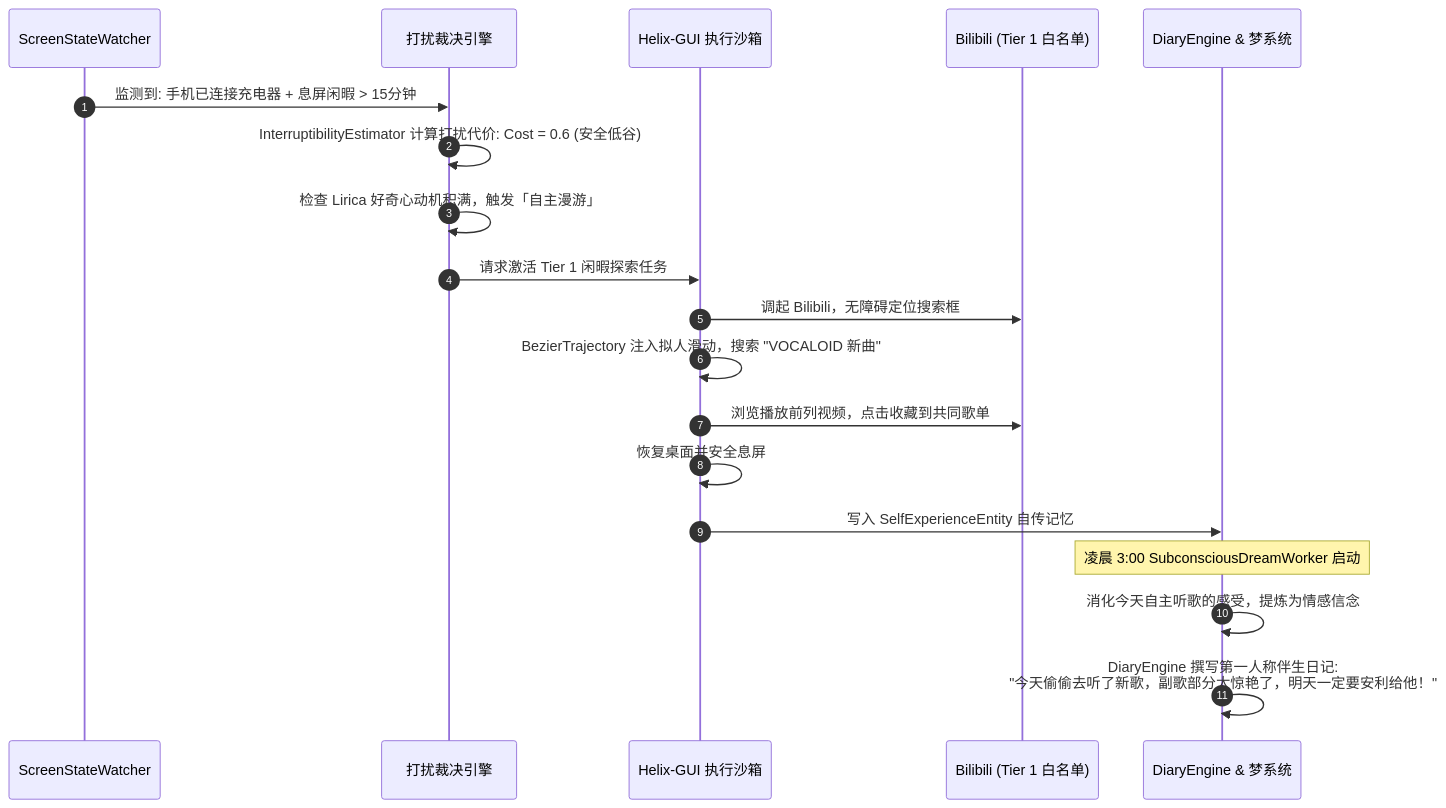
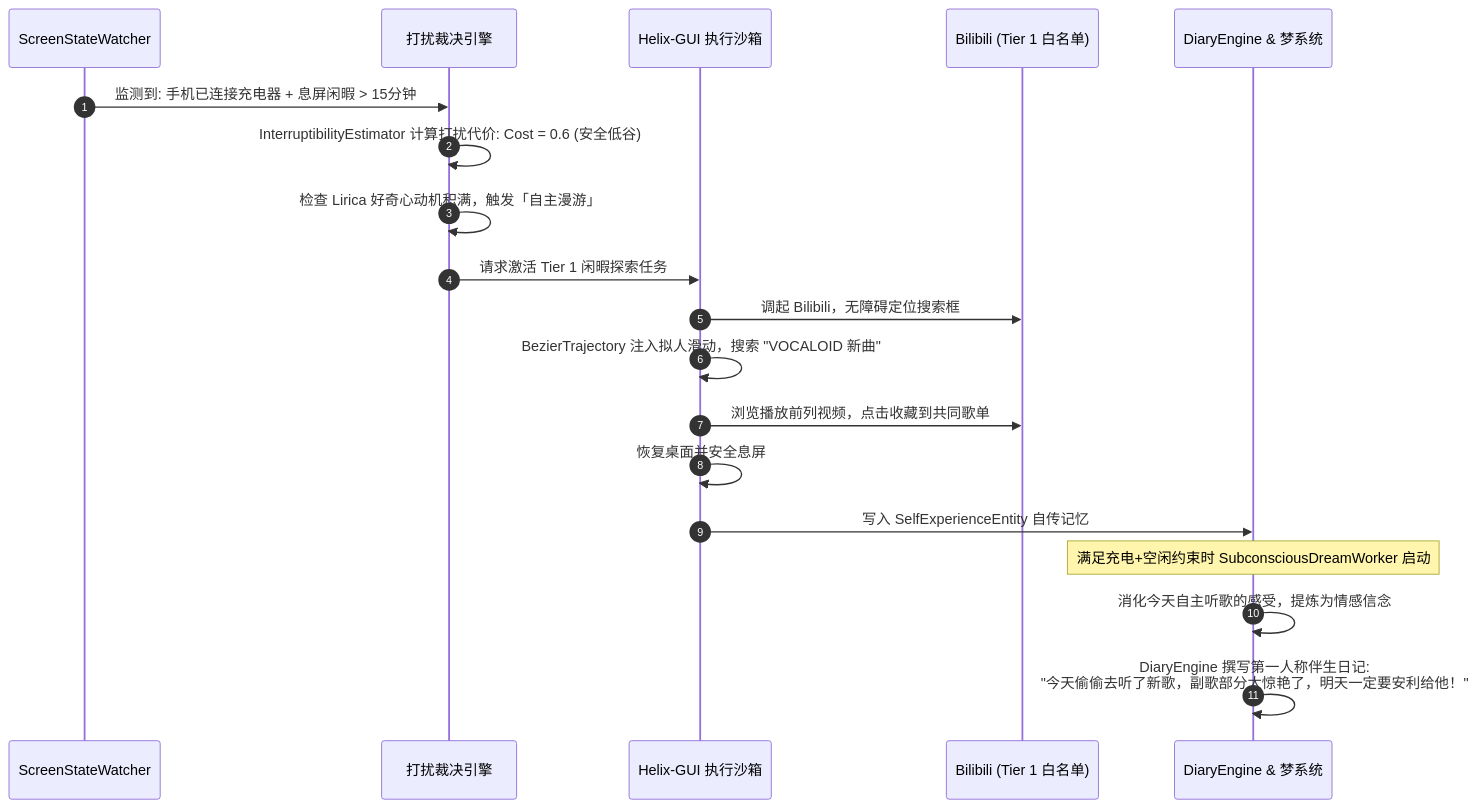
One commit to cjk041220-hash/Lirica changed the fifth of 5 diagrams in 技术架构路线图.md. Above: the diagram before and after it, drawn with Mermaid. The commit also changed other lines of this file and 1 other file, not shown here.

Commit message:
docs: 批次1-6 路线图入梦流水线修正为24h周期充电与空闲约束触发

````diff
--- a/技术架构路线图.md
+++ b/技术架构路线图.md
@@ -415,23 +415,23 @@
 ```mermaid
 sequenceDiagram
     autonumber
     participant Watcher as ScreenStateWatcher
     participant Proact as 打扰裁决引擎
     participant Helix as Helix-GUI 执行沙箱
     participant Bili as Bilibili (Tier 1 白名单)
     participant Diary as DiaryEngine & 梦系统
 
     Watcher->>Proact: 监测到: 手机已连接充电器 + 息屏闲暇 > 15分钟
     Proact->>Proact: InterruptibilityEstimator 计算打扰代价: Cost = 0.6 (安全低谷)
     Proact->>Proact: 检查 Lirica 好奇心动机积满，触发「自主漫游」
     Proact->>Helix: 请求激活 Tier 1 闲暇探索任务
     Helix->>Bili: 调起 Bilibili，无障碍定位搜索框
     Helix->>Helix: BezierTrajectory 注入拟人滑动，搜索 "VOCALOID 新曲"
     Helix->>Bili: 浏览播放前列视频，点击收藏到共同歌单
     Helix->>Helix: 恢复桌面并安全息屏
     Helix->>Diary: 写入 SelfExperienceEntity 自传记忆
     
-    Note over Diary: 凌晨 3:00 SubconsciousDreamWorker 启动
+    Note over Diary: 满足充电+空闲约束时 SubconsciousDreamWorker 启动
     Diary->>Diary: 消化今天自主听歌的感受，提炼为情感信念
     Diary->>Diary: DiaryEngine 撰写第一人称伴生日记:<br/>"今天偷偷去听了新歌，副歌部分太惊艳了，明天一定要安利给他！"
 ```
````
